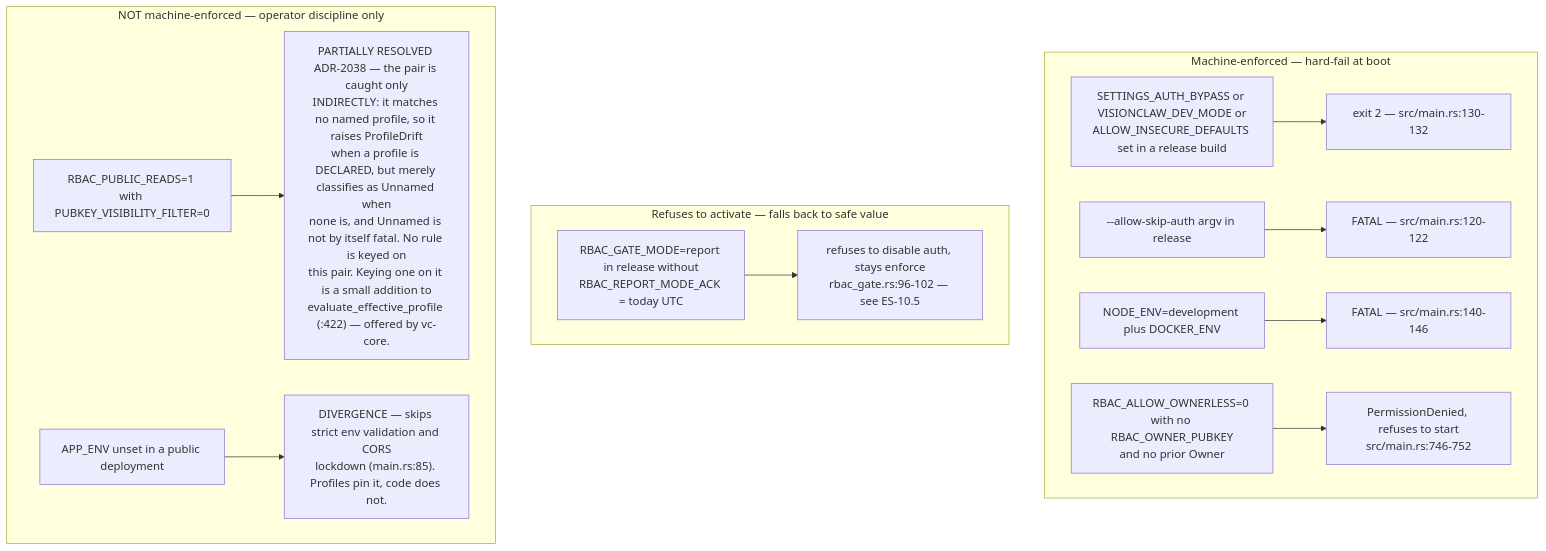
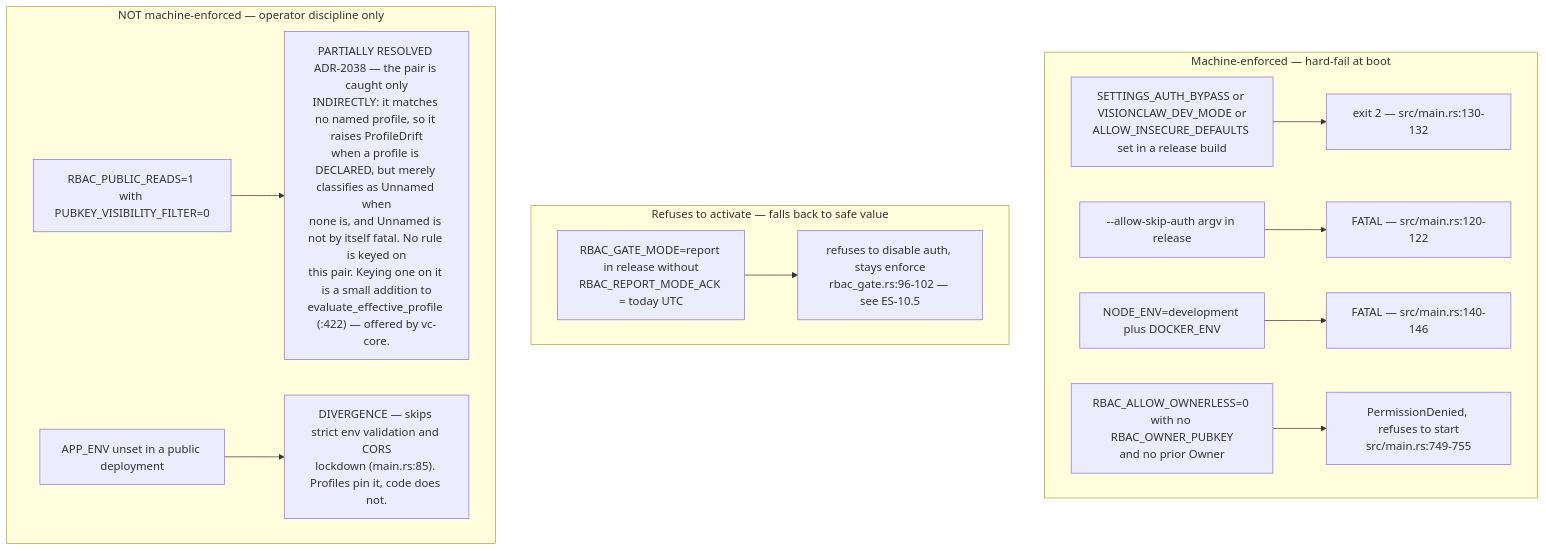
Before and after one commit to DreamLab-AI/AR-AI-Knowledge-Graph: the fourth of 10 diagrams in docs/diagrams/estate/10-deployment-and-security-profiles.md, drawn with Mermaid. The commit also changed other lines of this file and 73 other files, not shown here.

First line of the commit message:
docs(diagrams): re-verify all 71 topic files against HEAD; add --cite-check

````diff
--- a/docs/diagrams/estate/10-deployment-and-security-profiles.md
+++ b/docs/diagrams/estate/10-deployment-and-security-profiles.md
@@ -153,31 +153,31 @@
 ```mermaid
 flowchart TB
     subgraph hard["Machine-enforced — hard-fail at boot"]
         H1["SETTINGS_AUTH_BYPASS or VISIONCLAW_DEV_MODE or<br/>ALLOW_INSECURE_DEFAULTS set in a release build"]
         H1E["exit 2 — src/main.rs:130-132"]
         H2["--allow-skip-auth argv in release"]
         H2E["FATAL — src/main.rs:120-122"]
         H3["NODE_ENV=development plus DOCKER_ENV"]
         H3E["FATAL — src/main.rs:140-146"]
         H4["RBAC_ALLOW_OWNERLESS=0 with no RBAC_OWNER_PUBKEY<br/>and no prior Owner"]
-        H4E["PermissionDenied, refuses to start<br/>src/main.rs:746-752"]
+        H4E["PermissionDenied, refuses to start<br/>src/main.rs:749-755"]
     end
     subgraph soft["Refuses to activate — falls back to safe value"]
         S1["RBAC_GATE_MODE=report in release without<br/>RBAC_REPORT_MODE_ACK = today UTC"]
         S1E["refuses to disable auth, stays enforce<br/>rbac_gate.rs:96-102 — see ES-10.5"]
     end
     subgraph none["NOT machine-enforced — operator discipline only"]
         N1["RBAC_PUBLIC_READS=1 with PUBKEY_VISIBILITY_FILTER=0"]
         N1E["PARTIALLY RESOLVED ADR-2038 — the pair is caught only<br/>INDIRECTLY: it matches no named profile, so it raises ProfileDrift<br/>when a profile is DECLARED, but merely classifies as Unnamed when<br/>none is, and Unnamed is not by itself fatal. No rule is keyed on<br/>this pair. Keying one on it is a small addition to<br/>evaluate_effective_profile (:422) — offered by vc-core."]
         N2["APP_ENV unset in a public deployment"]
         N2E["DIVERGENCE — skips strict env validation and CORS<br/>lockdown (main.rs:85). Profiles pin it, code does not."]
     end
 
     H1 --> H1E
     H2 --> H2E
     H3 --> H3E
     H4 --> H4E
     S1 --> S1E
     N1 --> N1E
     N2 --> N2E
 ```
````
